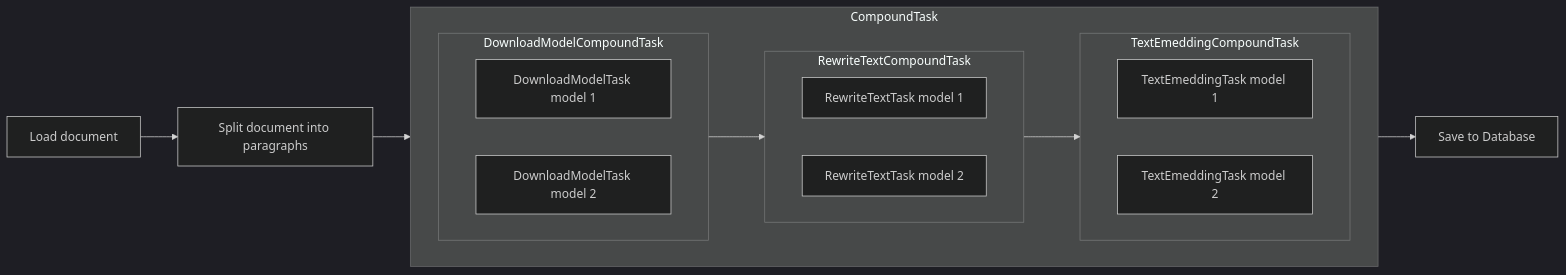
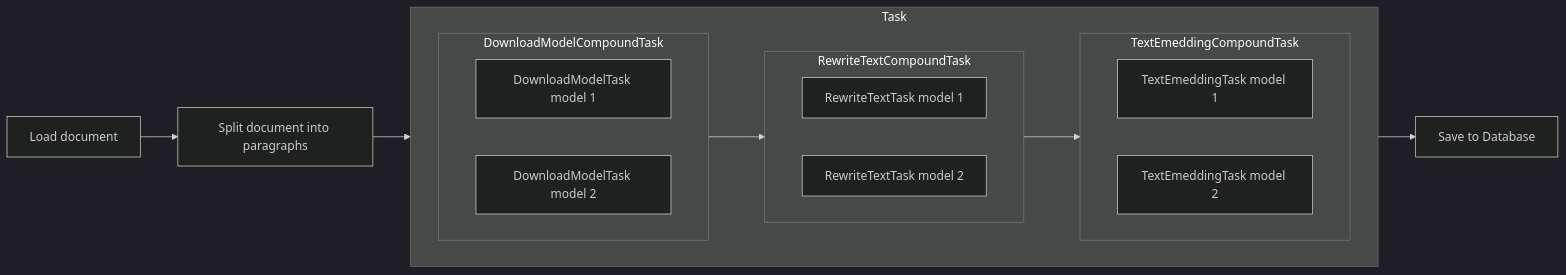
The first of 5 diagrams in docs/developers/02_architecture.md (PodleyAI/podley), drawn with Mermaid (dark theme) before and after one commit. The commit also changed other lines of this file and 47 other files, not shown here.

````diff
--- a/docs/developers/02_architecture.md
+++ b/docs/developers/02_architecture.md
@@ -79,30 +75,30 @@
 ```mermaid
 
 flowchart LR
-  subgraph CompoundTask
+  subgraph Task
     direction LR
     subgraph DownloadModelCompoundTask
         direction LR
         DownloadModelTask_1[DownloadModelTask model 1]
         DownloadModelTask_2[DownloadModelTask model 2]
     end
     subgraph RewriteTextCompoundTask
         direction LR
         RewriteTextTask1[RewriteTextTask model 1]
         RewriteTextTask2[RewriteTextTask model 2]
     end
     subgraph TextEmeddingCompoundTask
         direction LR
         TextEmeddingTask1[TextEmeddingTask model 1]
         GenerateTextTask2[TextEmeddingTask model 2]
     end
   end
 
   A[Load document] --> B[Split document into paragraphs]
-  B --> CompoundTask
+  B --> Task
   DownloadModelCompoundTask --> RewriteTextCompoundTask
   RewriteTextCompoundTask --> TextEmeddingCompoundTask
-  CompoundTask --> C[Save to Database]
+  Task --> C[Save to Database]
 
 
 ```
````
